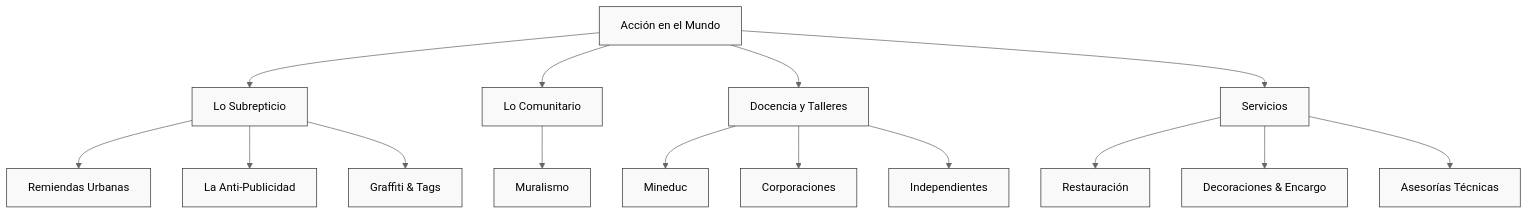
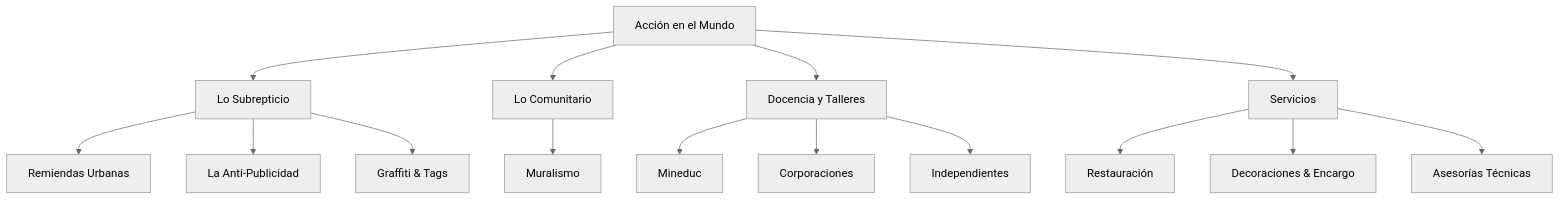
The second of 3 diagrams in diagrama.md (EGGS-Artesvisuales/EGGS-Artesvisuales.github.io), drawn with Mermaid (neutral theme) before and after one commit. The commit also changed other lines of this file, not shown here.

```diff
--- a/diagrama.md
+++ b/diagrama.md
@@ -74,29 +74,32 @@
     <div class="mermaid">
-        %%{init: {'flowchart': {'nodeSpacing': 45, 'rankSpacing': 60}} }%%
-graph TB
-    B[Acción en el Mundo]
-    B --> B1[Lo Subrepticio]
-    B --> B2[Lo Comunitario]
-    B --> B3[Docencia y Talleres]
-    B --> B4[Servicios]
-    
-    %% Subrepticio
-    B1 --> B1a[Remiendas Urbanas]
-    B1 --> B1b[La Anti-Publicidad]
-    B1 --> B1c[Graffiti & Tags]
-    
-    %% Comunitario
-    B2 --> B2a[Muralismo]
-    
-    %% Docencia
-    B3 --> B3a[Mineduc]
-    B3 --> B3b[Corporaciones]
-    B3 --> B3c[Independientes]
-    
-    %% Servicios
-    B4 --> B4a[Restauración]
-    B4 --> B4b[Decoraciones & Encargo]
-    B4 --> B4c[Asesorías Técnicas]
-    
-    classDef default fill:#f9f9f9,stroke:#333,stroke-width:1px
+        graph TD
+        B[Acción en el Mundo] --> B1[Lo Subrepticio]
+        B1 --> B1a[Remiendas Urbanas]
+        B1 --> B1b[La Anti-Publicidad]
+        B1 --> B1c[Graffiti & Tags]
+        B --> B2[Lo Comunitario]
+        B2 --> B2a[Muralismo]
+        B --> B3[Docencia y Talleres]
+        B3 --> B3a[Mineduc]
+        B3 --> B3b[Corporaciones]
+        B3 --> B3c[Independientes]
+        B --> B4[Servicios]
+        B4 --> B4a[Restauración]
+        B4 --> B4b[Decoraciones & Encargo]
+        B4 --> B4c[Asesorías Técnicas]
+        click B "/accion.html" "Ir a Acción en el Mundo"
+        click B1 "subrepticio.html" "Ir a Lo Subrepticio"
+        click B1a "/remiendas-urbanas.html" "Ir a Remiendas Urbanas"
+        click B1b "/la-anti-publicidad.html" "Ir a La Anti-Publicidad"
+        click B1c "/graffiti-tags.html" "Ir a Graffiti & Tags"
+        click B2 "comunitario.html" "Ir a Lo Comunitario"
+        click B2a "/muralismo.html" "Ir a Muralismo"
+        click B3 "docencia.html" "Ir a Docencia y Talleres"
+        click B3a "/mineduc.html" "Ir a Mineduc"
+        click B3b "/corporaciones.html" "Ir a Corporaciones"
+        click B3c "/independientes.html" "Ir a Independientes"
+        click B4 "servicios.html" "Ir a Servicios"
+        click B4a "/restauracion.html" "Ir a Restauración"
+        click B4b "/decoraciones-encargo.html" "Ir a Decoraciones & Encargo"
+        click B4c "/asesorias-tecnicas.html" "Ir a Asesorías Técnicas"
     </div>
```
